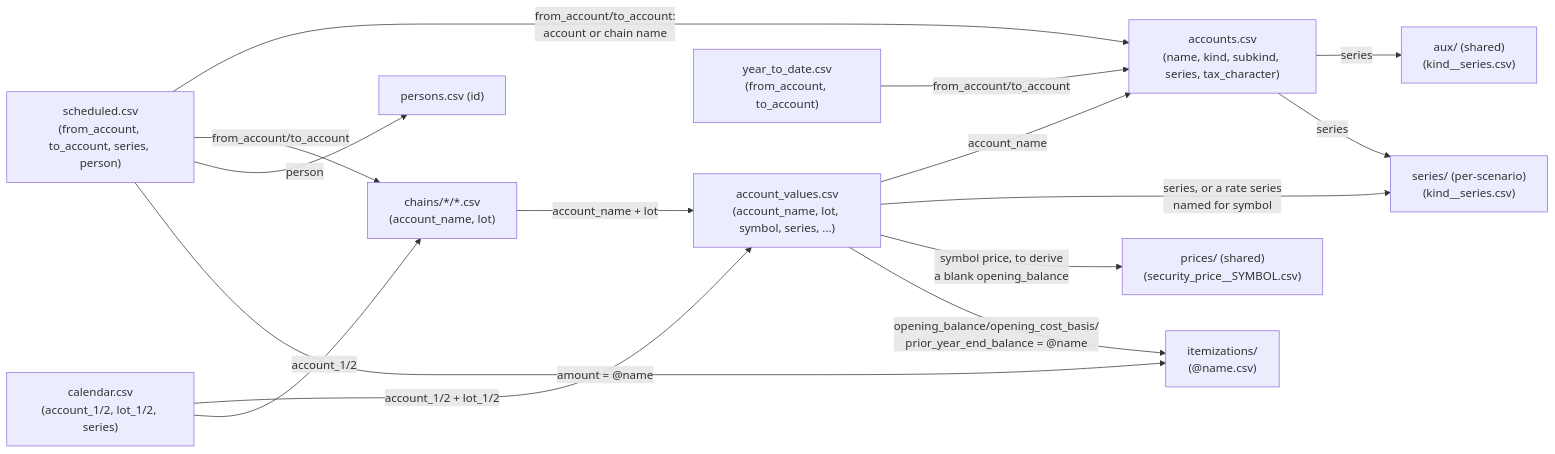
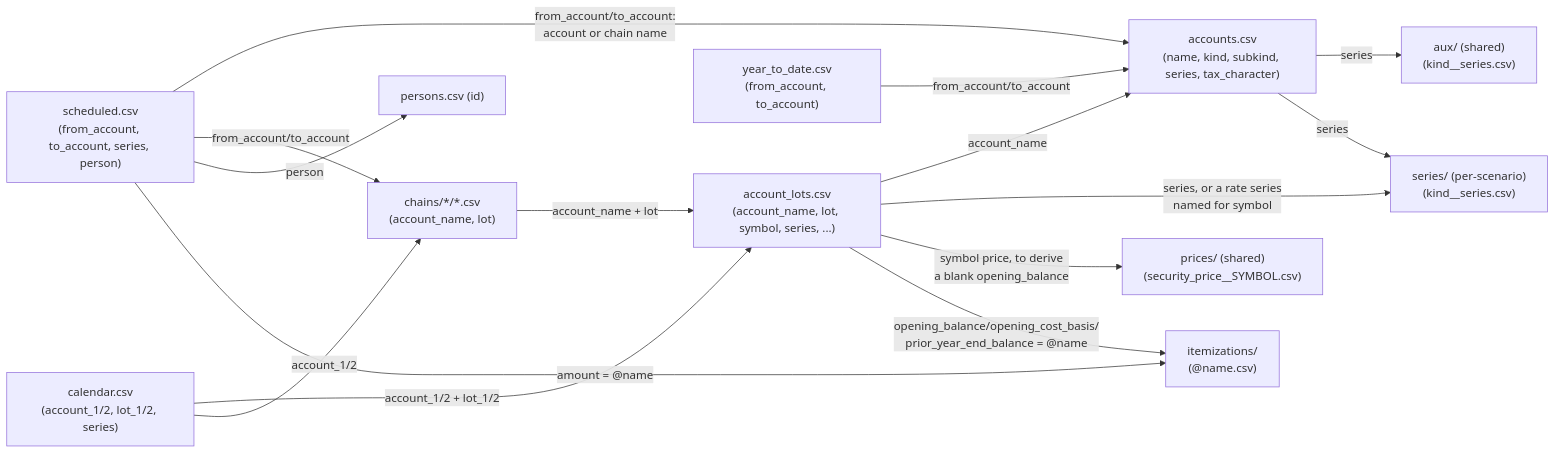
Before and after one commit to BobKerns/analysis: the second of 2 diagrams in docs/architecture/ADR-003-registries-and-csv-schemas.md, drawn with Mermaid. The commit also changed other lines of this file and 43 other files, not shown here.

First line of the commit message:
Rename account_values.csv to account_lots.csv (#217)

````diff
--- a/docs/architecture/ADR-003-registries-and-csv-schemas.md
+++ b/docs/architecture/ADR-003-registries-and-csv-schemas.md
@@ -322,43 +322,43 @@
 ```mermaid
 flowchart LR
     accounts["accounts.csv
 (name, kind, subkind, series, tax_character)"]
-    values["account_values.csv
+    values["account_lots.csv
 (account_name, lot, symbol, series, ...)"]
     chains["chains/*/*.csv
 (account_name, lot)"]
     scheduled["scheduled.csv
 (from_account, to_account, series, person)"]
     calendar["calendar.csv
 (account_1/2, lot_1/2, series)"]
     ytd["year_to_date.csv
 (from_account, to_account)"]
     persons["persons.csv (id)"]
     aux["aux/ (shared)
 (kind__series.csv)"]
     series["series/ (per-scenario)
 (kind__series.csv)"]
     prices["prices/ (shared)
 (security_price__SYMBOL.csv)"]
     itemizations["itemizations/
 (@name.csv)"]
 
     values -->|account_name| accounts
     chains -->|account_name + lot| values
     scheduled -->|from_account/to_account:
 account or chain name| accounts
     scheduled -->|from_account/to_account| chains
     scheduled -->|person| persons
     calendar -->|account_1/2 + lot_1/2| values
     calendar -->|account_1/2| chains
     ytd -->|from_account/to_account| accounts
     accounts -->|series| aux
     accounts -->|series| series
     values -->|series, or a rate series
 named for symbol| series
     values -->|symbol price, to derive
 a blank opening_balance| prices
     values -->|opening_balance/opening_cost_basis/
 prior_year_end_balance = @name| itemizations
     scheduled -->|amount = @name| itemizations
 ```
````
